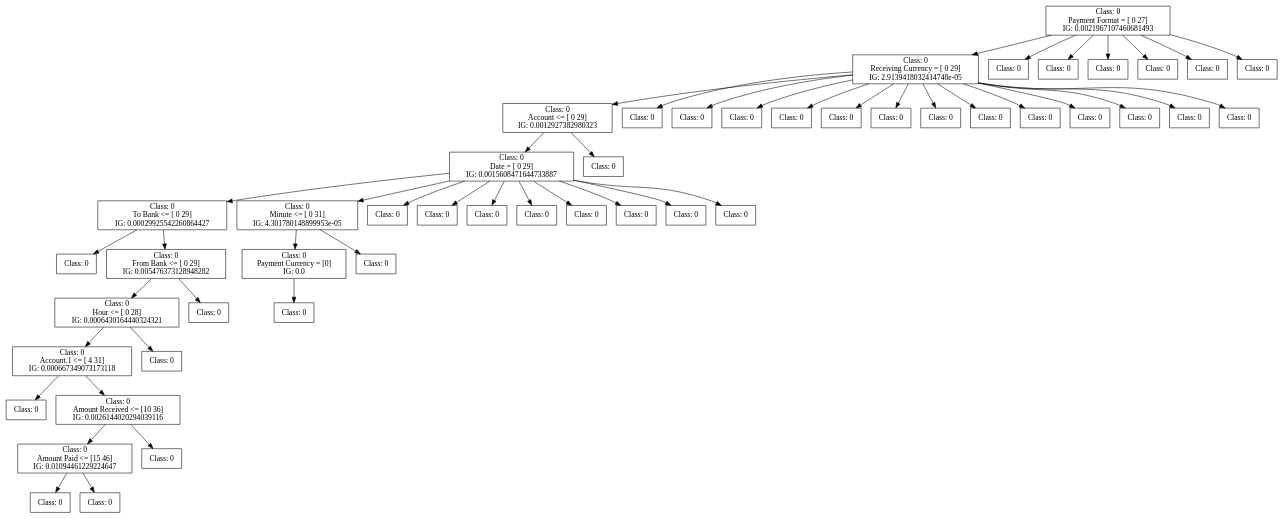
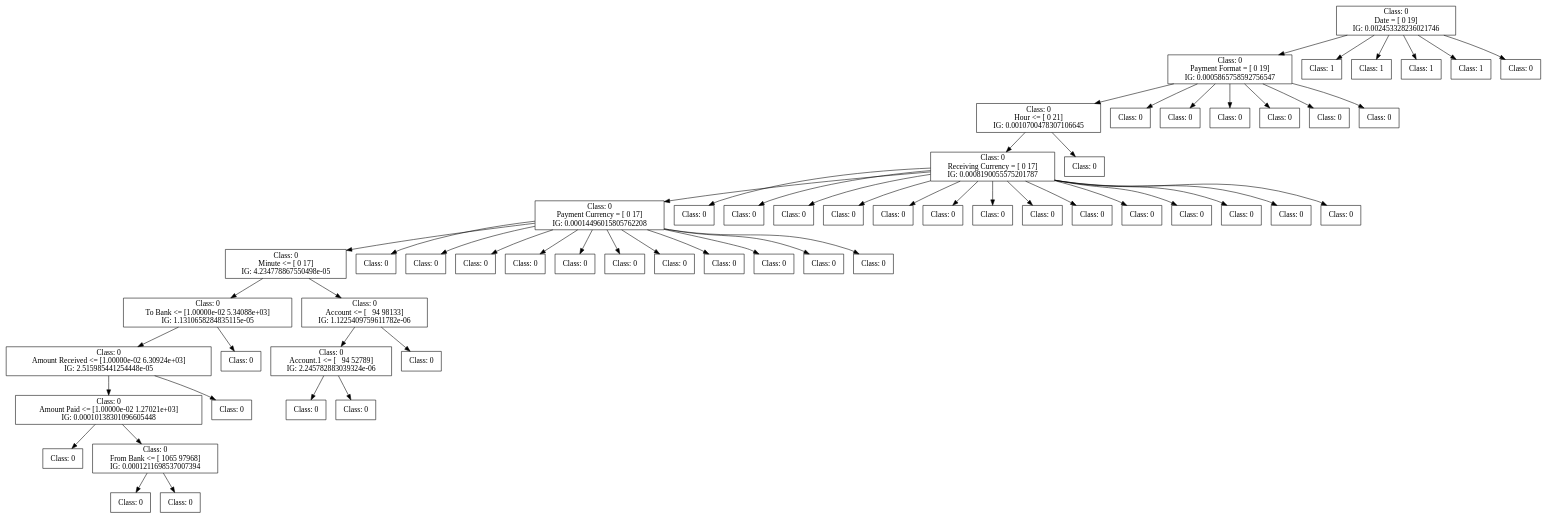
Before and after one commit to FedericoBruzzone/anti-money-laundering: the diagram in dot_figs/tree-id3-wo_preprocessing-2.dot, drawn with Graphviz. The commit also changed 18 other files, not shown here.

```diff
--- a/dot_figs/tree-id3-wo_preprocessing-2.dot
+++ b/dot_figs/tree-id3-wo_preprocessing-2.dot
@@ -1,162 +1,186 @@
 digraph DecisionTree {
 	rankdir=TD;
 	node [shape=box];
-	1903594352752 [label="Class: 0
-Payment Format = [ 0 27]
-IG: 0.0021967107460681493"];
-	1903594341856 [label="Class: 0
-Receiving Currency = [ 0 29]
-IG: 2.9139418032414748e-05"];
-	1903594352752 -> 1903594341856;
-	1903594345072 [label="Class: 0
-Account <= [ 0 29]
-IG: 0.0012927382980323"];
-	1903594341856 -> 1903594345072;
-	1903594350064 [label="Class: 0
-Date = [ 0 29]
-IG: 0.0015608471644733887"];
-	1903594345072 -> 1903594350064;
-	1903594344544 [label="Class: 0
-To Bank <= [ 0 29]
-IG: 0.00029925542260864427"];
-	1903594350064 -> 1903594344544;
-	1903594354048 [label="Class: 0
+	2371196544544 [label="Class: 0
+Date = [ 0 19]
+IG: 0.002453328236021746"];
+	2371515421824 [label="Class: 0
+Payment Format = [ 0 19]
+IG: 0.0005865758592756547"];
+	2371196544544 -> 2371515421824;
+	2371515432912 [label="Class: 0
+Hour <= [ 0 21]
+IG: 0.0010700478307106645"];
+	2371515421824 -> 2371515432912;
+	2371721488624 [label="Class: 0
+Receiving Currency = [ 0 17]
+IG: 0.0008190055575201787"];
+	2371515432912 -> 2371721488624;
+	2372786486048 [label="Class: 0
+Payment Currency = [ 0 17]
+IG: 0.00014496015805762208"];
+	2371721488624 -> 2372786486048;
+	2371196691952 [label="Class: 0
+Minute <= [ 0 17]
+IG: 4.234778867550498e-05"];
+	2372786486048 -> 2371196691952;
+	2371515426048 [label="Class: 0
+To Bank <= [1.00000e-02 5.34088e+03]
+IG: 1.1310658284835115e-05"];
+	2371196691952 -> 2371515426048;
+	2371515430368 [label="Class: 0
+Amount Received <= [1.00000e-02 6.30924e+03]
+IG: 2.515985441254448e-05"];
+	2371515426048 -> 2371515430368;
+	2371515421200 [label="Class: 0
+Amount Paid <= [1.00000e-02 1.27021e+03]
+IG: 0.00010138301096605448"];
+	2371515430368 -> 2371515421200;
+	2371721479696 [label="Class: 0
 "];
-	1903594344544 -> 1903594354048;
-	1903594354960 [label="Class: 0
-From Bank <= [ 0 29]
-IG: 0.005476373128948282"];
-	1903594344544 -> 1903594354960;
-	1903594355248 [label="Class: 0
-Hour <= [ 0 28]
-IG: 0.0006430164440324321"];
-	1903594354960 -> 1903594355248;
-	1903594355968 [label="Class: 0
-Account.1 <= [ 4 31]
-IG: 0.000667349073173118"];
-	1903594355248 -> 1903594355968;
-	1903594350640 [label="Class: 0
+	2371515421200 -> 2371721479696;
+	2371721480896 [label="Class: 0
+From Bank <= [ 1065 97968]
+IG: 0.0001211698537007394"];
+	2371515421200 -> 2371721480896;
+	2371721483968 [label="Class: 0
 "];
-	1903594355968 -> 1903594350640;
-	1903594355824 [label="Class: 0
-Amount Received <= [10 36]
-IG: 0.0026144020294039116"];
-	1903594355968 -> 1903594355824;
-	1903594350256 [label="Class: 0
-Amount Paid <= [15 46]
-IG: 0.01094461229224647"];
-	1903594355824 -> 1903594350256;
-	1903594349920 [label="Class: 0
+	2371721480896 -> 2371721483968;
+	2371721483920 [label="Class: 0
 "];
-	1903594350256 -> 1903594349920;
-	1903594353664 [label="Class: 0
+	2371721480896 -> 2371721483920;
+	2371515427488 [label="Class: 0
 "];
-	1903594350256 -> 1903594353664;
-	1903594354720 [label="Class: 0
+	2371515430368 -> 2371515427488;
+	2371515431952 [label="Class: 0
 "];
-	1903594355824 -> 1903594354720;
-	1903594356400 [label="Class: 0
+	2371515426048 -> 2371515431952;
+	2371515424752 [label="Class: 0
+Account <= [   94 98133]
+IG: 1.1225409759611782e-06"];
+	2371196691952 -> 2371515424752;
+	2371721486080 [label="Class: 0
+Account.1 <= [   94 52789]
+IG: 2.245782883039324e-06"];
+	2371515424752 -> 2371721486080;
+	2371721488000 [label="Class: 0
 "];
-	1903594355248 -> 1903594356400;
-	1903594355680 [label="Class: 0
+	2371721486080 -> 2371721488000;
+	2371721489968 [label="Class: 0
 "];
-	1903594354960 -> 1903594355680;
-	1903594353232 [label="Class: 0
-Minute <= [ 0 31]
-IG: 4.301780148899953e-05"];
-	1903594350064 -> 1903594353232;
-	1901316556976 [label="Class: 0
-Payment Currency = [0]
-IG: 0.0"];
-	1903594353232 -> 1901316556976;
-	1901316556928 [label="Class: 0
+	2371721486080 -> 2371721489968;
+	2371721486896 [label="Class: 0
 "];
-	1901316556976 -> 1901316556928;
-	1901316557408 [label="Class: 0
+	2371515424752 -> 2371721486896;
+	2371196694736 [label="Class: 0
 "];
-	1903594353232 -> 1901316557408;
-	1903594349584 [label="Class: 0
+	2372786486048 -> 2371196694736;
+	2371196687824 [label="Class: 0
 "];
-	1903594350064 -> 1903594349584;
-	1903594343872 [label="Class: 0
+	2372786486048 -> 2371196687824;
+	2371196694688 [label="Class: 0
 "];
-	1903594350064 -> 1903594343872;
-	1903594343536 [label="Class: 0
+	2372786486048 -> 2371196694688;
+	2371515420336 [label="Class: 0
 "];
-	1903594350064 -> 1903594343536;
-	1903594353424 [label="Class: 0
+	2372786486048 -> 2371515420336;
+	2371515428784 [label="Class: 0
 "];
-	1903594350064 -> 1903594353424;
-	1903594342912 [label="Class: 0
+	2372786486048 -> 2371515428784;
+	2371515420288 [label="Class: 0
 "];
-	1903594350064 -> 1903594342912;
-	1903594350400 [label="Class: 0
+	2372786486048 -> 2371515420288;
+	2371515420672 [label="Class: 0
 "];
-	1903594350064 -> 1903594350400;
-	1903594347424 [label="Class: 0
+	2372786486048 -> 2371515420672;
+	2371515416736 [label="Class: 0
 "];
-	1903594350064 -> 1903594347424;
-	1903594349824 [label="Class: 0
+	2372786486048 -> 2371515416736;
+	2371515421248 [label="Class: 0
 "];
-	1903594350064 -> 1903594349824;
-	1903594353472 [label="Class: 0
+	2372786486048 -> 2371515421248;
+	2371515421296 [label="Class: 0
 "];
-	1903594345072 -> 1903594353472;
-	1903594343776 [label="Class: 0
+	2372786486048 -> 2371515421296;
+	2371515421968 [label="Class: 0
 "];
-	1903594341856 -> 1903594343776;
-	1903594341760 [label="Class: 0
+	2372786486048 -> 2371515421968;
+	2370908566240 [label="Class: 0
 "];
-	1903594341856 -> 1903594341760;
-	1903594343056 [label="Class: 0
+	2371721488624 -> 2370908566240;
+	2371196544736 [label="Class: 0
 "];
-	1903594341856 -> 1903594343056;
-	1903594344832 [label="Class: 0
+	2371721488624 -> 2371196544736;
+	2371196542480 [label="Class: 0
 "];
-	1903594341856 -> 1903594344832;
-	1903594341712 [label="Class: 0
+	2371721488624 -> 2371196542480;
+	2371187871312 [label="Class: 0
 "];
-	1903594341856 -> 1903594341712;
-	1903594341568 [label="Class: 0
+	2371721488624 -> 2371187871312;
+	2371187256400 [label="Class: 0
 "];
-	1903594341856 -> 1903594341568;
-	1903594344304 [label="Class: 0
+	2371721488624 -> 2371187256400;
+	2372786845680 [label="Class: 0
 "];
-	1903594341856 -> 1903594344304;
-	1903594342000 [label="Class: 0
+	2371721488624 -> 2372786845680;
+	2372786836176 [label="Class: 0
 "];
-	1903594341856 -> 1903594342000;
-	1903594349344 [label="Class: 0
+	2371721488624 -> 2372786836176;
+	2372786836272 [label="Class: 0
 "];
-	1903594341856 -> 1903594349344;
-	1903594341232 [label="Class: 0
+	2371721488624 -> 2372786836272;
+	2372786844384 [label="Class: 0
 "];
-	1903594341856 -> 1903594341232;
-	1903594343824 [label="Class: 0
+	2371721488624 -> 2372786844384;
+	2372786839872 [label="Class: 0
 "];
-	1903594341856 -> 1903594343824;
-	1903594345552 [label="Class: 0
+	2371721488624 -> 2372786839872;
+	2372786841024 [label="Class: 0
 "];
-	1903594341856 -> 1903594345552;
-	1903594342624 [label="Class: 0
+	2371721488624 -> 2372786841024;
+	2371196687968 [label="Class: 0
 "];
-	1903594341856 -> 1903594342624;
-	1903594341520 [label="Class: 0
+	2371721488624 -> 2371196687968;
+	2371196694208 [label="Class: 0
 "];
-	1903594352752 -> 1903594341520;
-	1903594346992 [label="Class: 0
+	2371721488624 -> 2371196694208;
+	2371196687296 [label="Class: 0
 "];
-	1903594352752 -> 1903594346992;
-	1903594347184 [label="Class: 0
+	2371721488624 -> 2371196687296;
+	2371721489056 [label="Class: 0
 "];
-	1903594352752 -> 1903594347184;
-	1903594342528 [label="Class: 0
+	2371515432912 -> 2371721489056;
+	2371515432672 [label="Class: 0
 "];
-	1903594352752 -> 1903594342528;
-	1903594342960 [label="Class: 0
+	2371515421824 -> 2371515432672;
+	2371515432864 [label="Class: 0
 "];
-	1903594352752 -> 1903594342960;
-	1903594342048 [label="Class: 0
+	2371515421824 -> 2371515432864;
+	2371515432528 [label="Class: 0
 "];
-	1903594352752 -> 1903594342048;
+	2371515421824 -> 2371515432528;
+	2371515432048 [label="Class: 0
+"];
+	2371515421824 -> 2371515432048;
+	2371515431376 [label="Class: 0
+"];
+	2371515421824 -> 2371515431376;
+	2371515430464 [label="Class: 0
+"];
+	2371515421824 -> 2371515430464;
+	2371515422256 [label="Class: 1
+"];
+	2371196544544 -> 2371515422256;
+	2371515420240 [label="Class: 1
+"];
+	2371196544544 -> 2371515420240;
+	2371515422016 [label="Class: 1
+"];
+	2371196544544 -> 2371515422016;
+	2371515421680 [label="Class: 1
+"];
+	2371196544544 -> 2371515421680;
+	2371515419184 [label="Class: 0
+"];
+	2371196544544 -> 2371515419184;
 }
```
